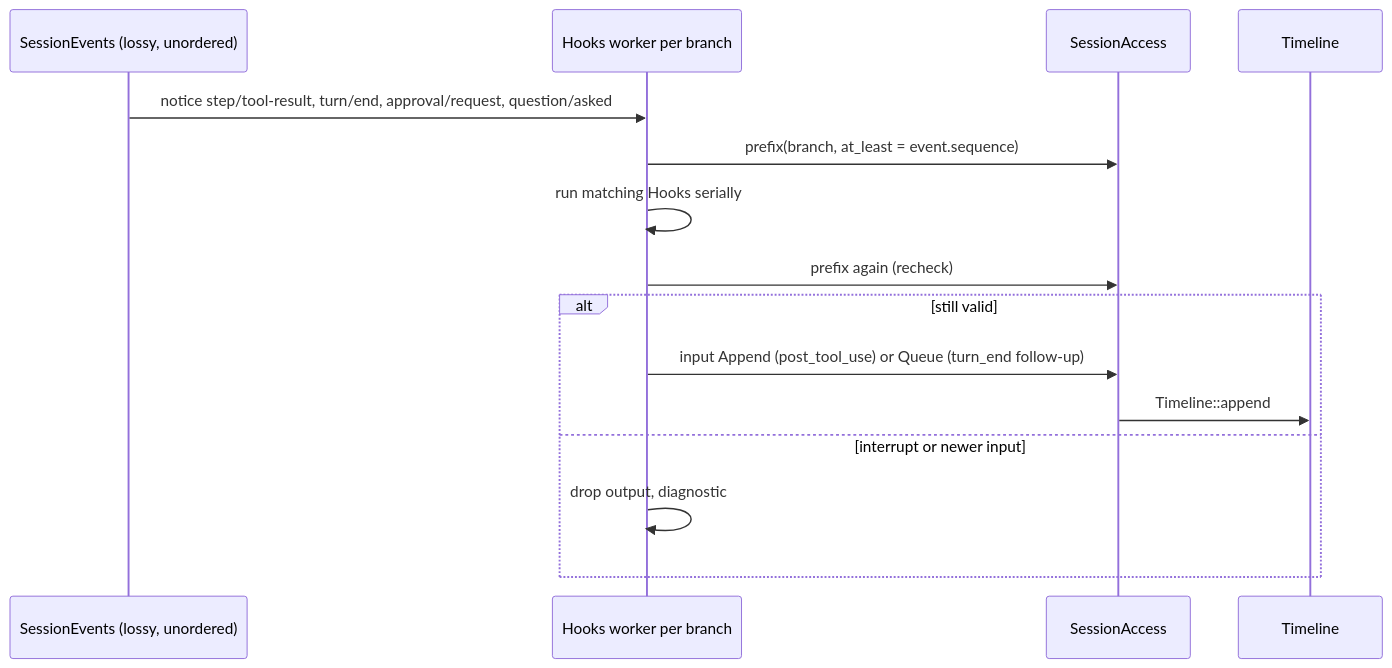
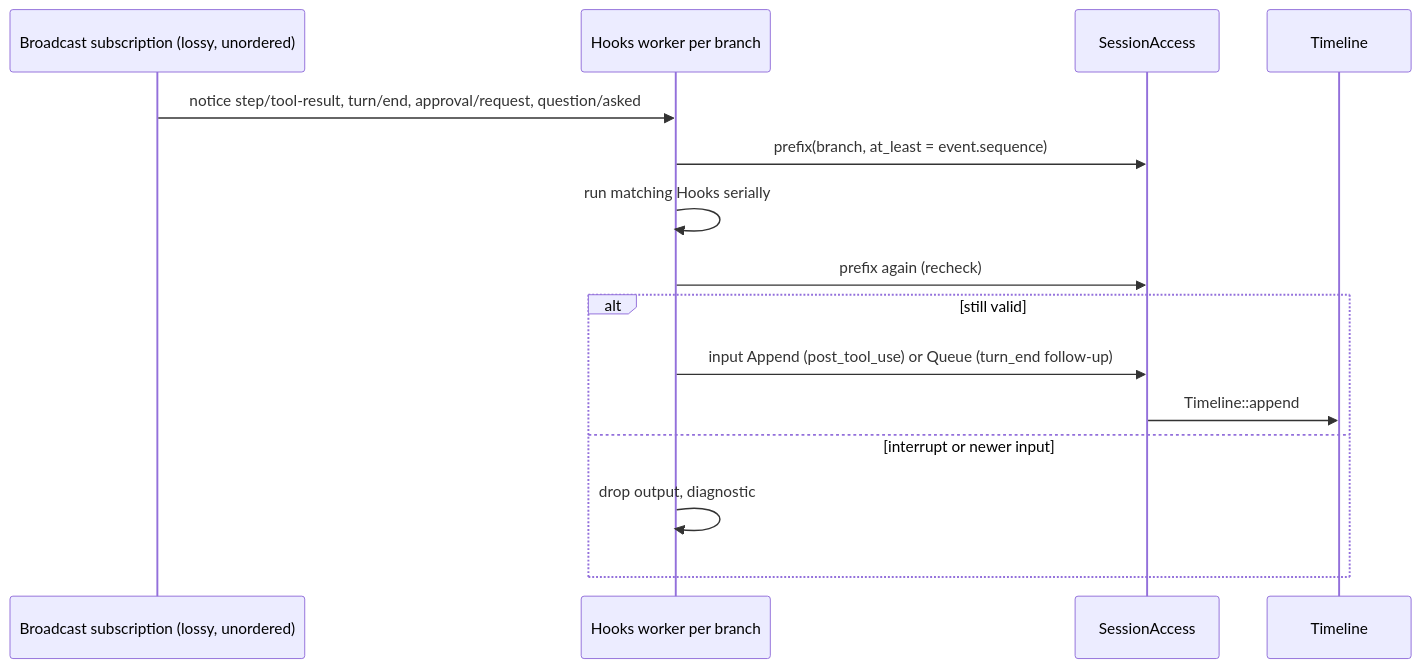
Before and after one commit to CoutinhoTTS/dim-agent: the fifth of 6 diagrams in docs/design/plugins/Hooks.md, drawn with Mermaid. The commit also changed other lines of this file and 3 other files, not shown here.

````diff
--- a/docs/design/plugins/Hooks.md
+++ b/docs/design/plugins/Hooks.md
@@ -127,17 +126,17 @@
 ```mermaid
 sequenceDiagram
-  participant SB as SessionEvents (lossy, unordered)
+  participant SB as Broadcast subscription (lossy, unordered)
   participant W as Hooks worker per branch
   participant SA as SessionAccess
   participant TL as Timeline
   SB->>W: notice step/tool-result, turn/end, approval/request, question/asked
   W->>SA: prefix(branch, at_least = event.sequence)
   W->>W: run matching Hooks serially
   W->>SA: prefix again (recheck)
   alt still valid
     W->>SA: input Append (post_tool_use) or Queue (turn_end follow-up)
     SA->>TL: Timeline::append
   else interrupt or newer input
     W->>W: drop output, diagnostic
   end
 ```
````
